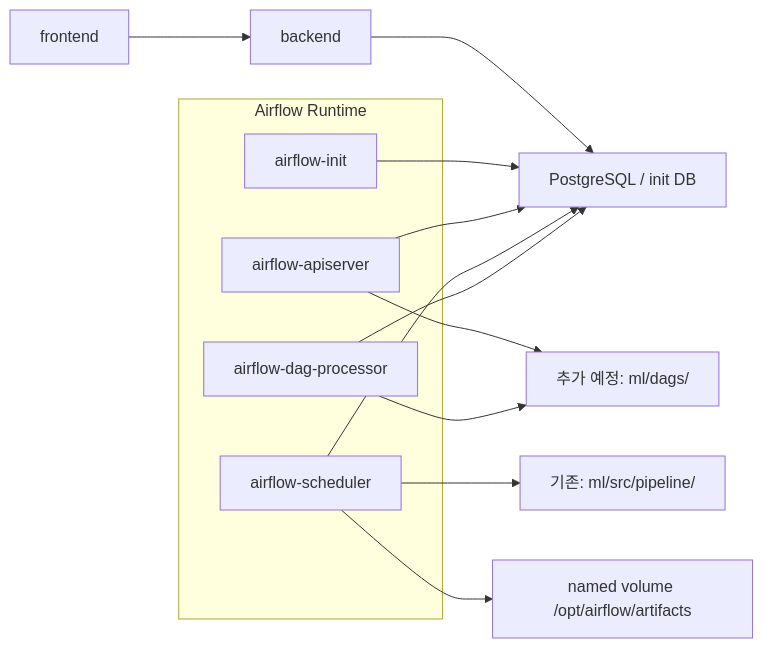
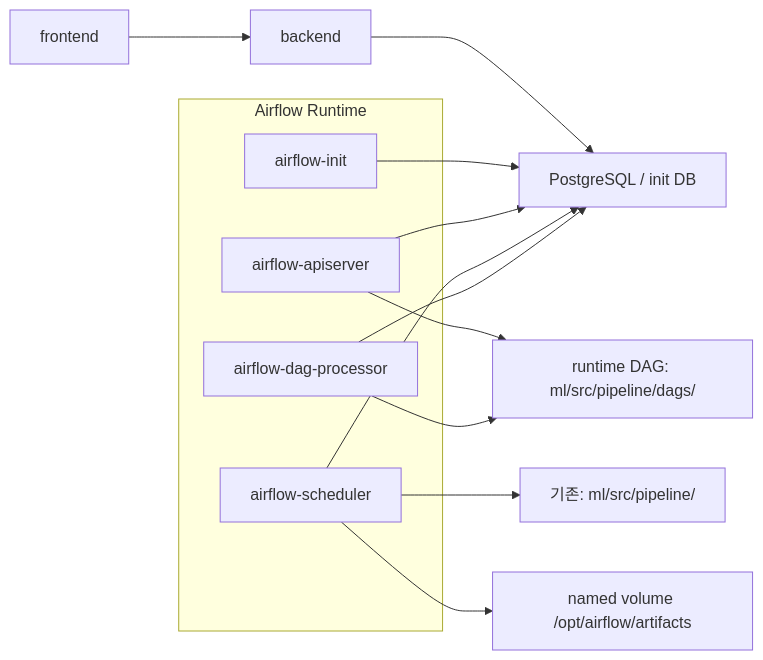
The first of 2 diagrams in .agent/specs/113.md (ajou-2026-1-capstone-5/ostone), drawn with Mermaid before and after one commit. The commit also changed other lines of this file and 11 other files, not shown here.

Commit message:
refactor(pipeline): reorganize airflow dag layout

````diff
--- a/.agent/specs/113.md
+++ b/.agent/specs/113.md
@@ -60,22 +60,22 @@
 ```mermaid
 flowchart LR
     FE["frontend"] --> BE["backend"]
     BE --> PG1["PostgreSQL / init DB"]
 
     subgraph Airflow Runtime
         AI["airflow-init"]
         AS["airflow-apiserver"]
         SCH["airflow-scheduler"]
         DP["airflow-dag-processor"]
     end
 
     AI --> PG1
     AS --> PG1
     SCH --> PG1
     DP --> PG1
 
-    AS --> DAGS["추가 예정: ml/dags/"]
+    AS --> DAGS["runtime DAG: ml/src/pipeline/dags/"]
     SCH --> SRC["기존: ml/src/pipeline/"]
     DP --> DAGS
     SCH --> ART["named volume /opt/airflow/artifacts"]
 ```
````
